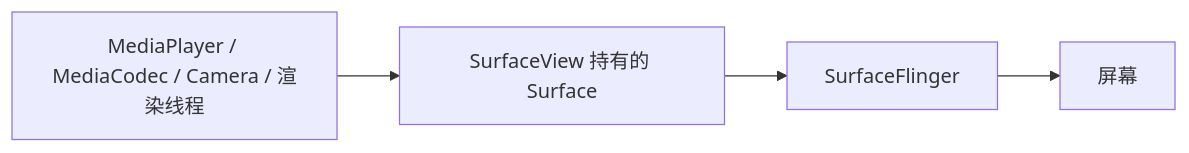
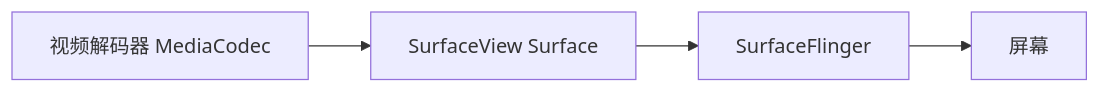
Before and after one commit to junyingzhao001/StudyNotes: the third of 5 diagrams in 绘制相关/SurfaceView和TextureView使用.md, drawn with Mermaid. The commit also changed other lines of this file and 15 other files, not shown here.

````diff
--- a/绘制相关/SurfaceView和TextureView使用.md
+++ b/绘制相关/SurfaceView和TextureView使用.md
@@ -211,6 +210,6 @@
 ```mermaid
 flowchart LR
-  A["MediaPlayer / MediaCodec / Camera / 渲染线程"] --> B["SurfaceView 持有的 Surface"]
-  B --> C["SurfaceFlinger"]
-  C --> D["屏幕"]
+    A["视频解码器 MediaCodec"] --> B["SurfaceView Surface"]
+    B --> C["SurfaceFlinger"]
+    C --> D["屏幕"]
 ```
````
